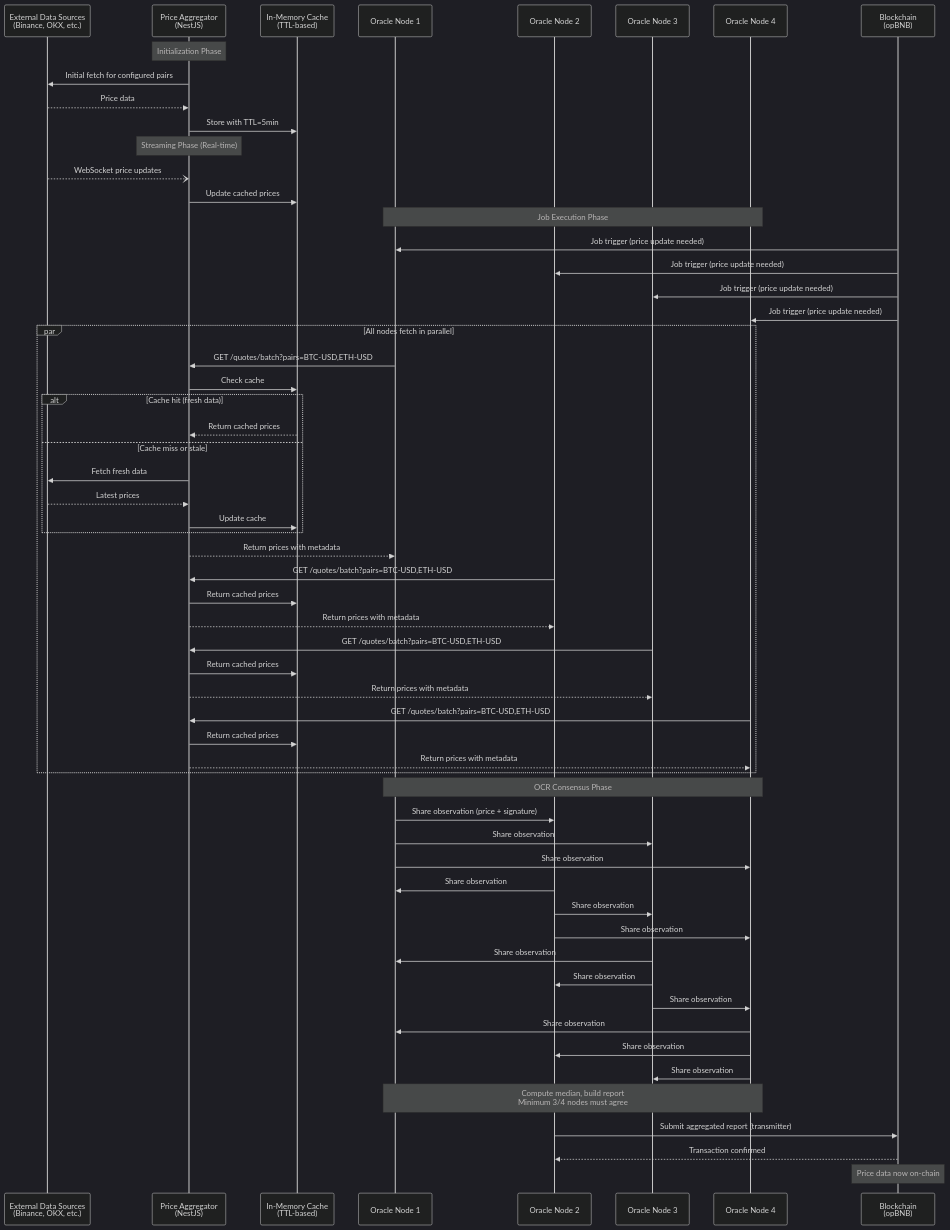
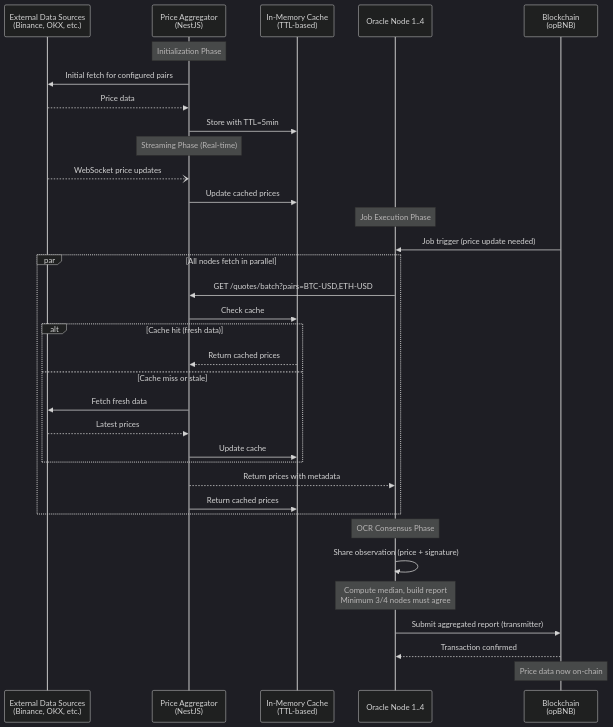
The diagram in docs/charts/08-price-data-flow.mmd (Super-Protocol/chainlink), drawn with Mermaid (dark theme) before and after one commit. The commit also changed 11 other files, not shown here.

```diff
--- a/docs/charts/08-price-data-flow.mmd
+++ b/docs/charts/08-price-data-flow.mmd
@@ -1,70 +1,43 @@
 sequenceDiagram
-    participant DS as External Data Sources<br/>(Binance, OKX, etc.)
-    participant PA as Price Aggregator<br/>(NestJS)
-    participant Cache as In-Memory Cache<br/>(TTL-based)
-    participant O1 as Oracle Node 1
-    participant O2 as Oracle Node 2
-    participant O3 as Oracle Node 3
-    participant O4 as Oracle Node 4
-    participant BC as Blockchain<br/>(opBNB)
+  participant DS as External Data Sources<br/>(Binance, OKX, etc.)
+  participant PA as Price Aggregator<br/>(NestJS)
+  participant Cache as In-Memory Cache<br/>(TTL-based)
+  participant O1 as Oracle Node 1..4
+  participant BC as Blockchain<br/>(opBNB)
 
-    Note over PA: Initialization Phase
-    PA->>DS: Initial fetch for configured pairs
-    DS-->>PA: Price data
-    PA->>Cache: Store with TTL=5min
+  Note over PA: Initialization Phase
+  PA->>DS: Initial fetch for configured pairs
+  DS-->>PA: Price data
+  PA->>Cache: Store with TTL=5min
 
-    Note over PA: Streaming Phase (Real-time)
-    DS--)PA: WebSocket price updates
-    PA->>Cache: Update cached prices
+  Note over PA: Streaming Phase (Real-time)
+  DS--)PA: WebSocket price updates
+  PA->>Cache: Update cached prices
 
-    Note over O1,O4: Job Execution Phase
-    BC->>O1: Job trigger (price update needed)
-    BC->>O2: Job trigger (price update needed)
-    BC->>O3: Job trigger (price update needed)
-    BC->>O4: Job trigger (price update needed)
+  Note over O1: Job Execution Phase
+  BC->>O1: Job trigger (price update needed)
 
-    par All nodes fetch in parallel
-        O1->>PA: GET /quotes/batch?pairs=BTC-USD,ETH-USD
-        PA->>Cache: Check cache
-        alt Cache hit (fresh data)
-            Cache-->>PA: Return cached prices
-        else Cache miss or stale
-            PA->>DS: Fetch fresh data
-            DS-->>PA: Latest prices
-            PA->>Cache: Update cache
-        end
-        PA-->>O1: Return prices with metadata
+  par All nodes fetch in parallel
+    O1->>PA: GET /quotes/batch?pairs=BTC-USD,ETH-USD
+    PA->>Cache: Check cache
+    alt Cache hit (fresh data)
+      Cache-->>PA: Return cached prices
+    else Cache miss or stale
+      PA->>DS: Fetch fresh data
+      DS-->>PA: Latest prices
+      PA->>Cache: Update cache
+    end
+    PA-->>O1: Return prices with metadata
 
-        O2->>PA: GET /quotes/batch?pairs=BTC-USD,ETH-USD
-        PA->>Cache: Return cached prices
-        PA-->>O2: Return prices with metadata
+    PA->>Cache: Return cached prices
+  end
 
-        O3->>PA: GET /quotes/batch?pairs=BTC-USD,ETH-USD
-        PA->>Cache: Return cached prices
-        PA-->>O3: Return prices with metadata
+  Note over O1: OCR Consensus Phase
+  O1->>O1: Share observation (price + signature)
 
-        O4->>PA: GET /quotes/batch?pairs=BTC-USD,ETH-USD
-        PA->>Cache: Return cached prices
-        PA-->>O4: Return prices with metadata
-    end
+  Note over O1: Compute median, build report<br/>Minimum 3/4 nodes must agree
 
-    Note over O1,O4: OCR Consensus Phase
-    O1->>O2: Share observation (price + signature)
-    O1->>O3: Share observation
-    O1->>O4: Share observation
-    O2->>O1: Share observation
-    O2->>O3: Share observation
-    O2->>O4: Share observation
-    O3->>O1: Share observation
-    O3->>O2: Share observation
-    O3->>O4: Share observation
-    O4->>O1: Share observation
-    O4->>O2: Share observation
-    O4->>O3: Share observation
+  O1->>BC: Submit aggregated report (transmitter)
+  BC-->>O1: Transaction confirmed
 
-    Note over O1,O4: Compute median, build report<br/>Minimum 3/4 nodes must agree
-
-    O2->>BC: Submit aggregated report (transmitter)
-    BC-->>O2: Transaction confirmed
-
-    Note over BC: Price data now on-chain
+  Note over BC: Price data now on-chain
```
